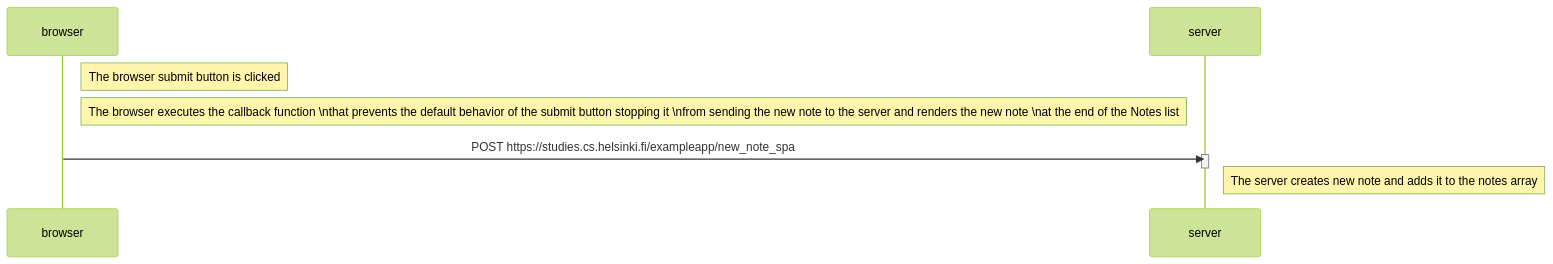
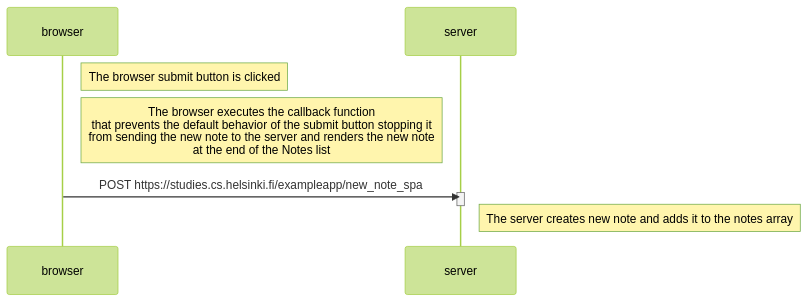
Before and after one commit to PillB/HelsinkiU_Fullstack: the diagram in part0/0.6 single page app new note diagram.md, drawn with Mermaid (forest theme).

Commit message:
Updated 0.6 replaced \n with <br> in note

````diff
--- a/part0/0.6 single page app new note diagram.md
+++ b/part0/0.6 single page app new note diagram.md
@@ -3,16 +3,16 @@
 ```mermaid
 sequenceDiagram
     participant browser
     participant server
 
     Note right of browser: The browser submit button is clicked
 
-    Note right of browser: The browser executes the callback function \nthat prevents the default behavior of the submit button stopping it \nfrom sending the new note to the server and renders the new note \nat the end of the Notes list
+    Note right of browser: The browser executes the callback function <br>that prevents the default behavior of the submit button stopping it <br> from sending the new note to the server and renders the new note <br>at the end of the Notes list
 
     
     browser->>server: POST https://studies.cs.helsinki.fi/exampleapp/new_note_spa
     activate server
     deactivate server
 
     Note right of server: The server creates new note and adds it to the notes array
 ```
````
